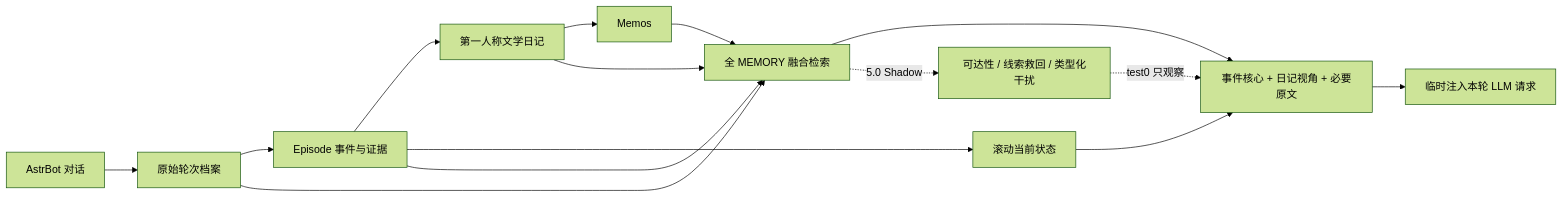
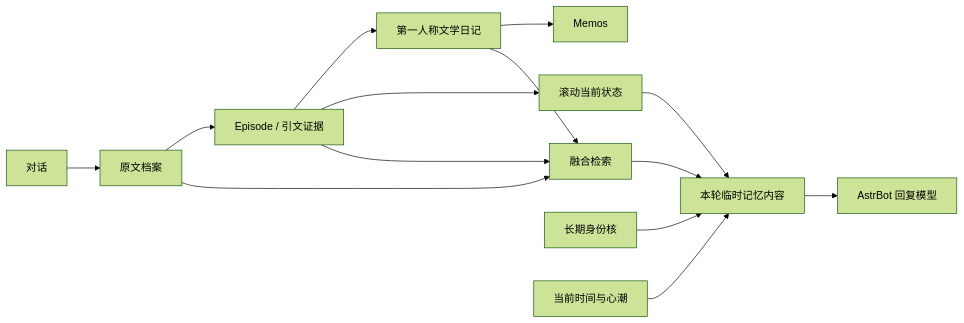
The diagram in README.md (qwqisaaczeus-netizen/astrbot_plugin_memos_memory), drawn with Mermaid (forest theme) before and after one commit. The commit also changed other lines of this file and 262 other files, not shown here.

````diff
--- a/README.md
+++ b/README.md
@@ -35,19 +34,16 @@
 ```mermaid
 flowchart LR
-    A["AstrBot 对话"] --> B["原始轮次档案"]
-    B --> C["Episode 事件与证据"]
-    C --> D["第一人称文学日记"]
-    D --> M["Memos"]
-    C --> S["滚动当前状态"]
-
-    C --> R["全 MEMORY 融合检索"]
+    A[对话] --> B[原文档案]
+    B --> C[Episode / 引文证据]
+    C --> D[第一人称文学日记]
+    D --> M[Memos]
+    C --> S[滚动当前状态]
+    B --> R[融合检索]
+    C --> R
     D --> R
-    B --> R
-    M --> R
-    R --> I["事件核心 + 日记视角 + 必要原文"]
+    R --> I[本轮临时记忆内容]
     S --> I
-    I --> L["临时注入本轮 LLM 请求"]
-
-    R -. "5.0 Shadow" .-> F["可达性 / 线索救回 / 类型化干扰"]
-    F -. "test0 只观察" .-> I
+    K[长期身份核] --> I
+    X[当前时间与心潮] --> I
+    I --> L[AstrBot 回复模型]
 ```
````
